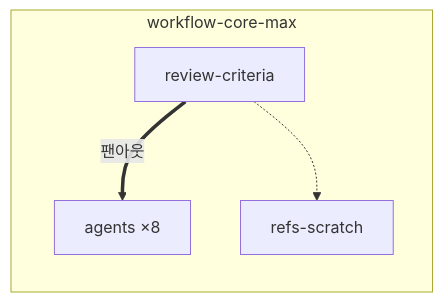
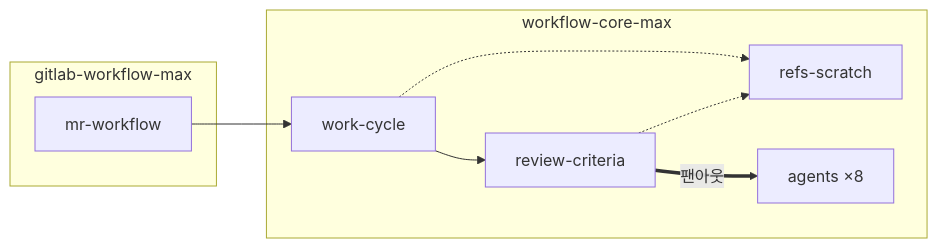
One commit to nil-park/claude-workflow-kit changed the second of 2 diagrams in docs/architecture/skill-references.md. Above: the diagram before and after it, drawn with Mermaid. The commit also changed other lines of this file and 7 other files, not shown here.

First line of the commit message:
Add work-cycle and gitlab-workflow-max

````diff
--- a/docs/architecture/skill-references.md
+++ b/docs/architecture/skill-references.md
@@ -59,11 +60,18 @@
 ```mermaid
 flowchart LR
+  subgraph glm["gitlab-workflow-max"]
+    mrm["mr-workflow"]
+  end
   subgraph wcm["workflow-core-max"]
+    wc["work-cycle"]
     rcm["review-criteria"]
     rsm["refs-scratch"]
     ag["agents ×8"]
   end
 
+  mrm --> wc
+  wc --> rcm
   rcm ==팬아웃==> ag
+  wc -.-> rsm
   rcm -.-> rsm
 ```
````
